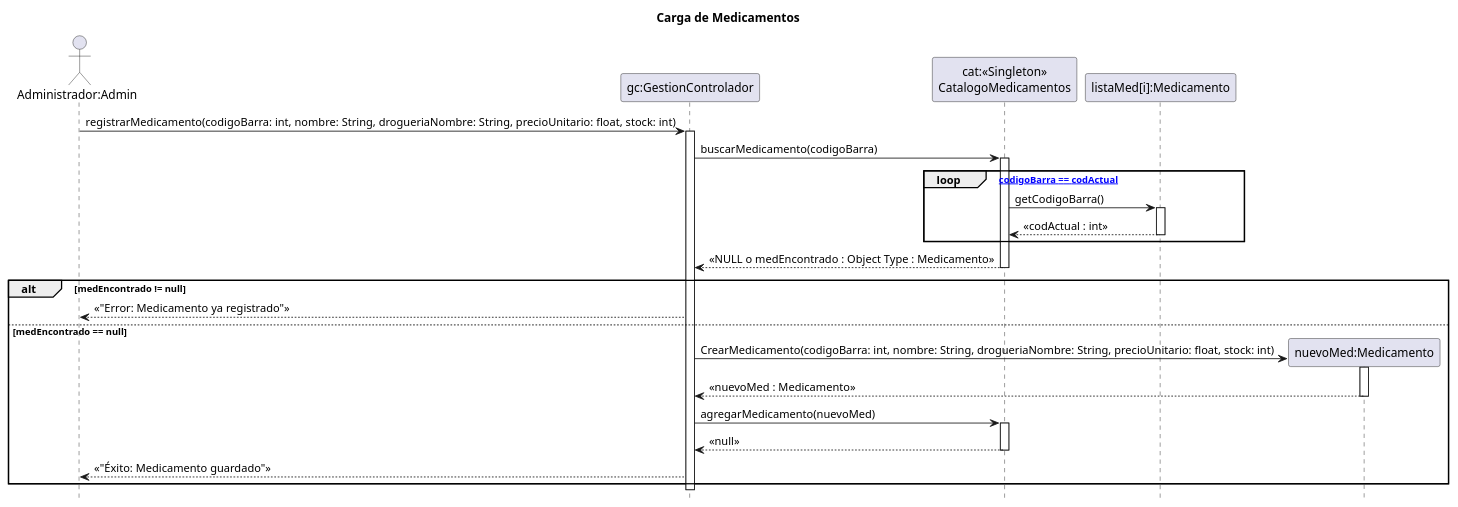
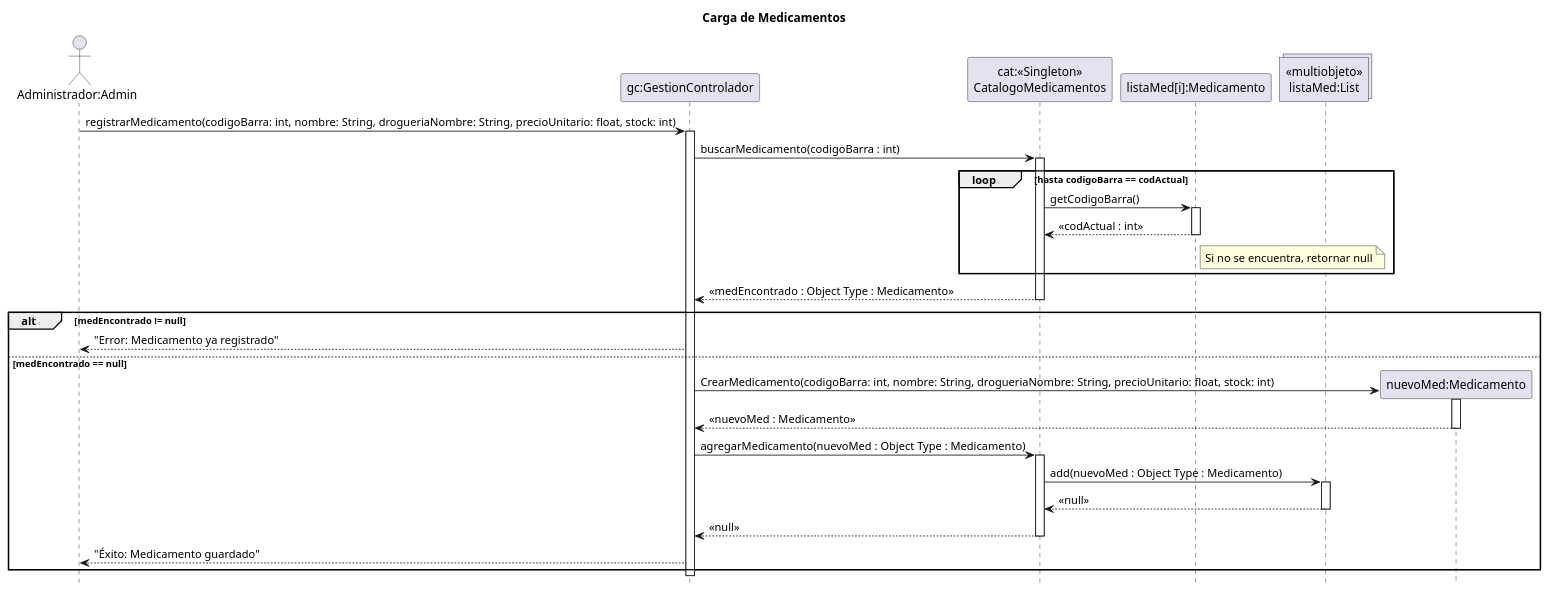
Before and after one commit to zEzequR/PF-I: the diagram in 08 - Diagramas de Secuencia de Diseño/CargaMedicamentos/CargaMedicamentos.puml, drawn with PlantUML. The commit also changed 17 other files, not shown here.

```diff
--- a/08 - Diagramas de Secuencia de Diseño/CargaMedicamentos/CargaMedicamentos.puml
+++ b/08 - Diagramas de Secuencia de Diseño/CargaMedicamentos/CargaMedicamentos.puml
@@ -1,48 +1,58 @@
 @startuml
 title Carga de Medicamentos
 
 hide footbox
 
 actor "Administrador:Admin" as admin
 participant "gc:GestionControlador" as ctrl
 participant "cat:<<Singleton>>\nCatalogoMedicamentos" as cat
 participant "listaMed[i]:Medicamento" as med_actual
+collections "<<multiobjeto>>\nlistaMed:List" as lista_med
 
 admin -> ctrl : registrarMedicamento(codigoBarra: int, nombre: String, drogueriaNombre: String, precioUnitario: float, stock: int)
 activate ctrl
 
-ctrl -> cat : buscarMedicamento(codigoBarra)
+ctrl -> cat : buscarMedicamento(codigoBarra : int)
 activate cat
 
-loop [hasta codigoBarra == codActual]
+loop hasta codigoBarra == codActual
     cat -> med_actual : getCodigoBarra()
     activate med_actual
-    med_actual --> cat : << codActual : int >>
+    med_actual --> cat : <<codActual : int>>
+    
+    note right of med_actual : Si no se encuentra, retornar null
+    
     deactivate med_actual
 end
 
-cat --> ctrl : << NULL o medEncontrado : Object Type : Medicamento >>
+cat --> ctrl : <<medEncontrado : Object Type : Medicamento>>
 deactivate cat
 
-    alt medEncontrado != null
-        ctrl --> admin : << "Error: Medicamento ya registrado" >>
+alt medEncontrado != null
+    
+    ctrl --> admin : "Error: Medicamento ya registrado"
 
-    else medEncontrado == null
-        deactivate cat
-        
-        create participant "nuevoMed:Medicamento" as nuevo_med
-        ctrl -> nuevo_med : CrearMedicamento(codigoBarra: int, nombre: String, drogueriaNombre: String, precioUnitario: float, stock: int)
-        activate nuevo_med
-        nuevo_med --> ctrl : << nuevoMed : Medicamento >>
-        deactivate nuevo_med
+else medEncontrado == null
+    
+    create participant "nuevoMed:Medicamento" as nuevo_med
+    ctrl -> nuevo_med : CrearMedicamento(codigoBarra: int, nombre: String, drogueriaNombre: String, precioUnitario: float, stock: int)
+    activate nuevo_med
+    nuevo_med --> ctrl : <<nuevoMed : Medicamento>>
+    deactivate nuevo_med
 
-        ctrl -> cat : agregarMedicamento(nuevoMed)
-        activate cat
-        cat --> ctrl : << null >>
-        deactivate cat
-        
-        ctrl --> admin : << "Éxito: Medicamento guardado" >>
-    end
+    ctrl -> cat : agregarMedicamento(nuevoMed : Object Type : Medicamento)
+    activate cat
+    
+    cat -> lista_med : add(nuevoMed : Object Type : Medicamento)
+    activate lista_med
+    lista_med --> cat : <<null>>
+    deactivate lista_med
+    
+    cat --> ctrl : <<null>>
+    deactivate cat
+    
+    ctrl --> admin : "Éxito: Medicamento guardado"
+end
 
 deactivate ctrl
 @enduml
```
